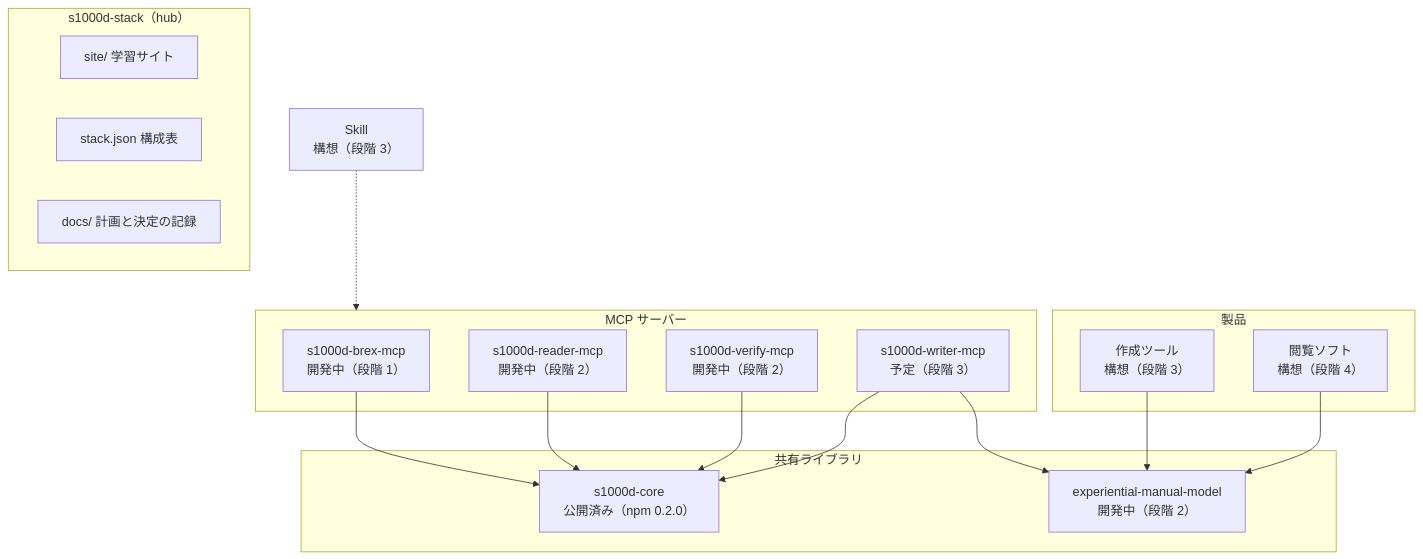
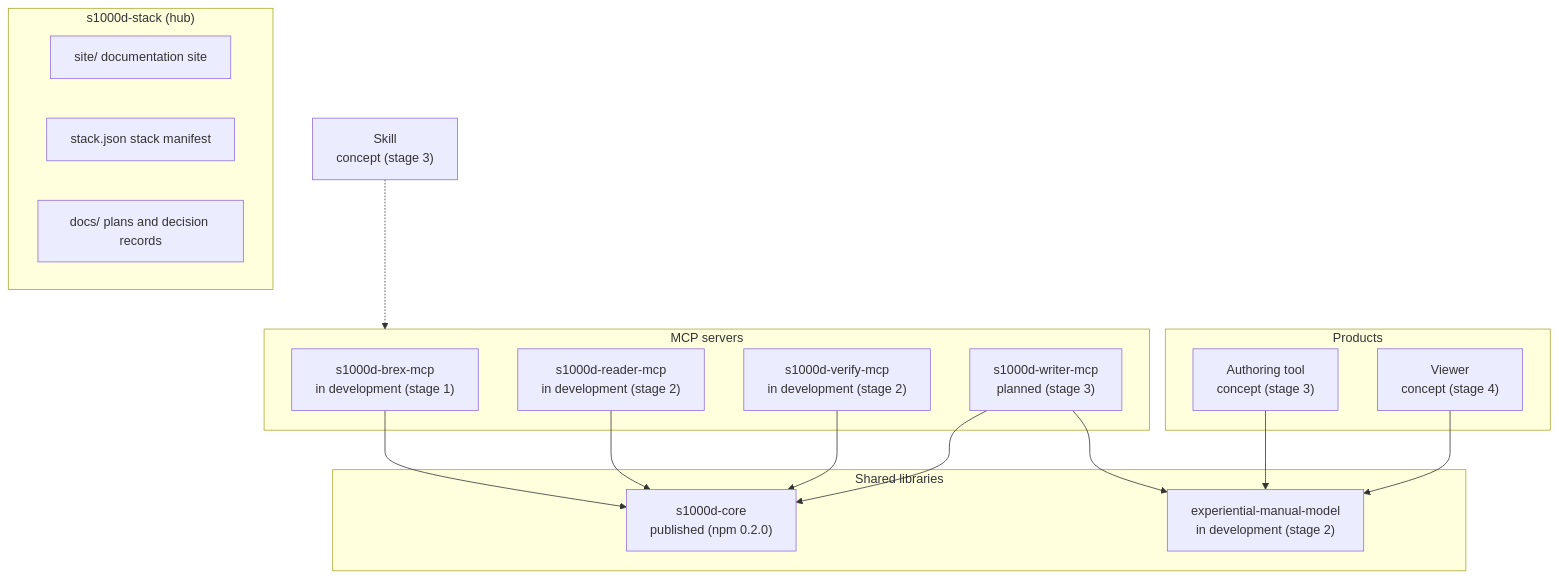
One commit to shuji-bonji/s1000d-stack changed the diagram in site/src/content/docs/guide/architecture.md. Above: the diagram before and after it, drawn with Mermaid. The commit also changed other lines of this file and 35 other files, not shown here.

````diff
--- a/site/src/content/docs/guide/architecture.md
+++ b/site/src/content/docs/guide/architecture.md
@@ -10,31 +10,31 @@
 ```mermaid
 flowchart TB
-  subgraph Hub["s1000d-stack（hub）"]
-    SITE["site/ 学習サイト"]
-    STACK["stack.json 構成表"]
-    DOCS["docs/ 計画と決定の記録"]
+  subgraph Hub["s1000d-stack (hub)"]
+    SITE["site/ documentation site"]
+    STACK["stack.json stack manifest"]
+    DOCS["docs/ plans and decision records"]
   end
-  subgraph Lib["共有ライブラリ"]
-    CORE["s1000d-core<br/>公開済み（npm 0.2.0）"]
-    MODEL["experiential-manual-model<br/>開発中（段階 2）"]
+  subgraph Lib["Shared libraries"]
+    CORE["s1000d-core<br/>published (npm 0.2.0)"]
+    MODEL["experiential-manual-model<br/>in development (stage 2)"]
   end
-  subgraph Mcp["MCP サーバー"]
-    BREX["s1000d-brex-mcp<br/>開発中（段階 1）"]
-    R["s1000d-reader-mcp<br/>開発中（段階 2）"]
-    V["s1000d-verify-mcp<br/>開発中（段階 2）"]
-    W["s1000d-writer-mcp<br/>予定（段階 3）"]
+  subgraph Mcp["MCP servers"]
+    BREX["s1000d-brex-mcp<br/>in development (stage 1)"]
+    R["s1000d-reader-mcp<br/>in development (stage 2)"]
+    V["s1000d-verify-mcp<br/>in development (stage 2)"]
+    W["s1000d-writer-mcp<br/>planned (stage 3)"]
   end
-  subgraph App["製品"]
-    ED["作成ツール<br/>構想（段階 3）"]
-    VW["閲覧ソフト<br/>構想（段階 4）"]
+  subgraph App["Products"]
+    ED["Authoring tool<br/>concept (stage 3)"]
+    VW["Viewer<br/>concept (stage 4)"]
   end
-  SK["Skill<br/>構想（段階 3）"]
+  SK["Skill<br/>concept (stage 3)"]
   BREX --> CORE
   R --> CORE
   V --> CORE
   W --> CORE
   W --> MODEL
   ED --> MODEL
   VW --> MODEL
   SK -.-> Mcp
 ```
````
